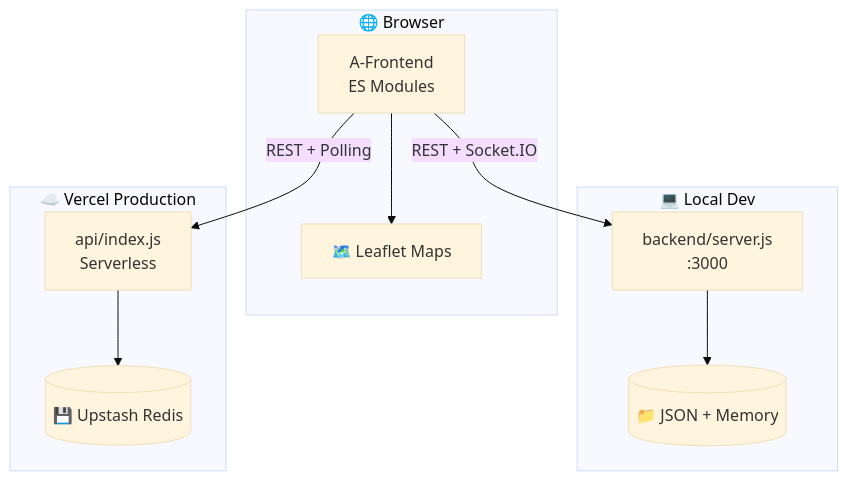
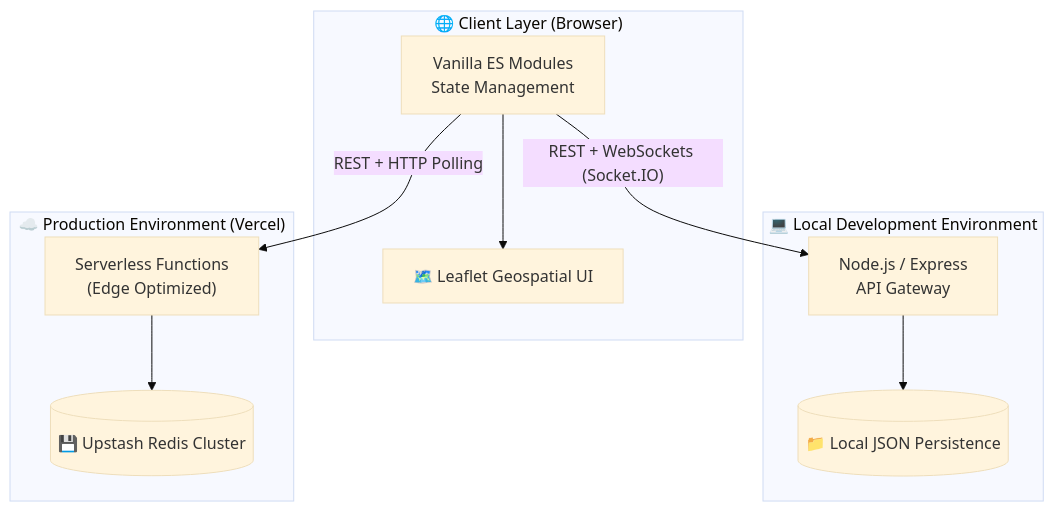
The diagram in README.md (Omcodesk/RouteSync), drawn with Mermaid (base theme) before and after one commit. The commit also changed other lines of this file and 3 other files, not shown here.

````diff
--- a/README.md
+++ b/README.md
@@ -183,18 +61,18 @@
 ```mermaid
 flowchart TB
-  subgraph client ["🌐 Browser"]
-    UI["A-Frontend<br/>ES Modules"]
-    Maps["🗺️ Leaflet Maps"]
+  subgraph Client ["🌐 Client Layer (Browser)"]
+    UI["Vanilla ES Modules<br/>State Management"]
+    Maps["🗺️ Leaflet Geospatial UI"]
     UI --> Maps
   end
 
-  subgraph local ["💻 Local Dev"]
-    UI -->|"REST + Socket.IO"| Express["backend/server.js<br/>:3000"]
-    Express --> Files[("📁 JSON + Memory")]
+  subgraph Local ["💻 Local Development Environment"]
+    UI -->|"REST + WebSockets (Socket.IO)"| Express["Node.js / Express<br/>API Gateway"]
+    Express --> Files[("📁 Local JSON Persistence")]
   end
 
-  subgraph vercel ["☁️ Vercel Production"]
-    UI -->|"REST + Polling"| API["api/index.js<br/>Serverless"]
-    API --> Redis[("💾 Upstash Redis")]
+  subgraph Prod ["☁️ Production Environment (Vercel)"]
+    UI -->|"REST + HTTP Polling"| API["Serverless Functions<br/>(Edge Optimized)"]
+    API --> Redis[("💾 Upstash Redis Cluster")]
   end
 ```
````
